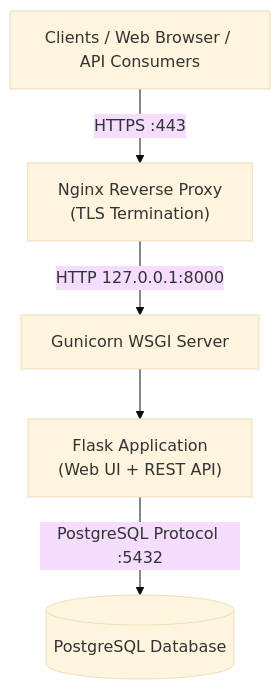
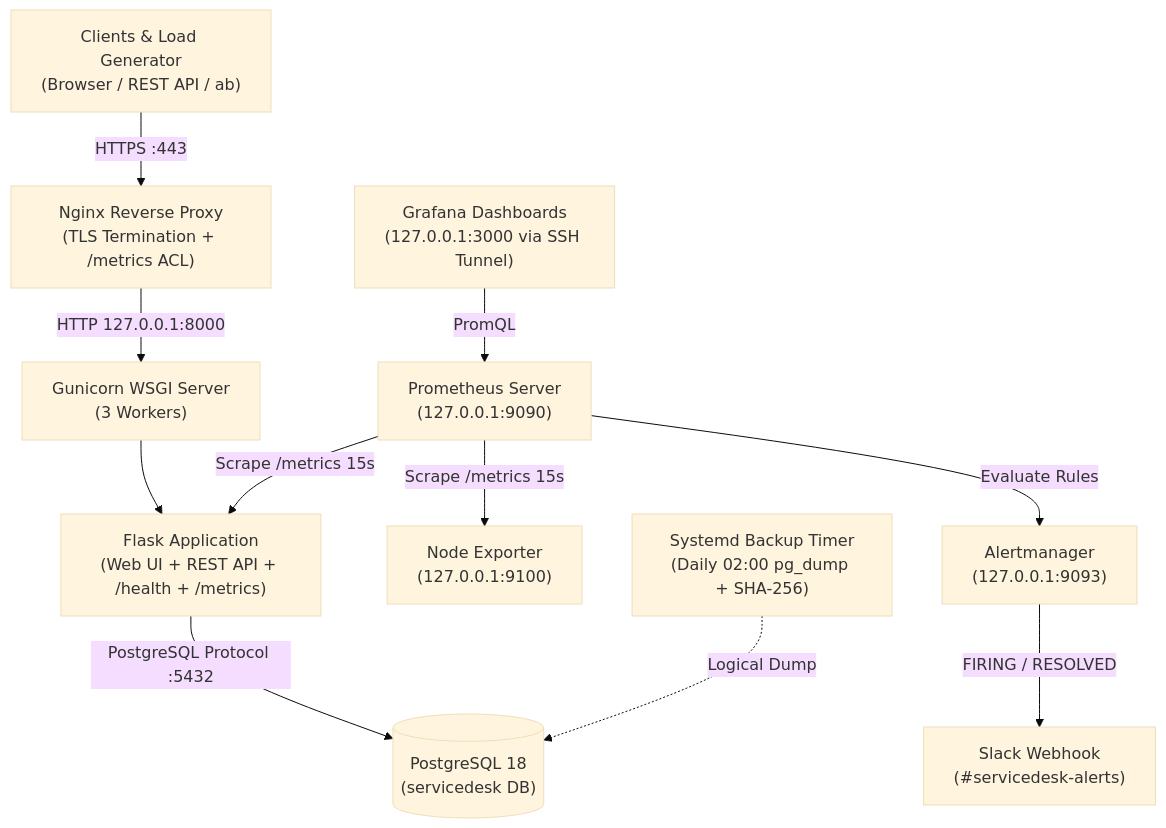
One commit to Cyborg23199/service-desk-platform changed the diagram in README.md. Above: the diagram before and after it, drawn with Mermaid (base theme). The commit also changed other lines of this file and 2 other files, not shown here.

Commit message:
chore(part2): restrict public access to /metrics and finalize documentation

````diff
--- a/README.md
+++ b/README.md
@@ -12,7 +12,21 @@
 ```mermaid
 flowchart TD
-    Client["Clients / Web Browser / API Consumers"] -->|HTTPS :443| Nginx["Nginx Reverse Proxy\n(TLS Termination)"]
-    Nginx -->|HTTP 127.0.0.1:8000| Gunicorn["Gunicorn WSGI Server"]
-    Gunicorn --> Flask["Flask Application\n(Web UI + REST API)"]
-    Flask -->|PostgreSQL Protocol :5432| DB[("PostgreSQL Database")]
+    Client["Clients & Load Generator\n(Browser / REST API / ab)"] -->|HTTPS :443| Nginx["Nginx Reverse Proxy\n(TLS Termination + /metrics ACL)"]
+    Nginx -->|HTTP 127.0.0.1:8000| Gunicorn["Gunicorn WSGI Server\n(3 Workers)"]
+    Gunicorn --> Flask["Flask Application\n(Web UI + REST API + /health + /metrics)"]
+    Flask -->|PostgreSQL Protocol :5432| DB[("PostgreSQL 18\n(servicedesk DB)")]
+
+    NodeExp["Node Exporter\n(127.0.0.1:9100)"]
+    Prom["Prometheus Server\n(127.0.0.1:9090)"]
+    AlertMgr["Alertmanager\n(127.0.0.1:9093)"]
+    Grafana["Grafana Dashboards\n(127.0.0.1:3000 via SSH Tunnel)"]
+    Slack["Slack Webhook\n(#servicedesk-alerts)"]
+    Backup["Systemd Backup Timer\n(Daily 02:00 pg_dump + SHA-256)"]
+
+    Prom -->|Scrape /metrics 15s| NodeExp
+    Prom -->|Scrape /metrics 15s| Flask
+    Grafana -->|PromQL| Prom
+    Prom -->|Evaluate Rules| AlertMgr
+    AlertMgr -->|FIRING / RESOLVED| Slack
+    Backup -.->|Logical Dump| DB
 ```
````
